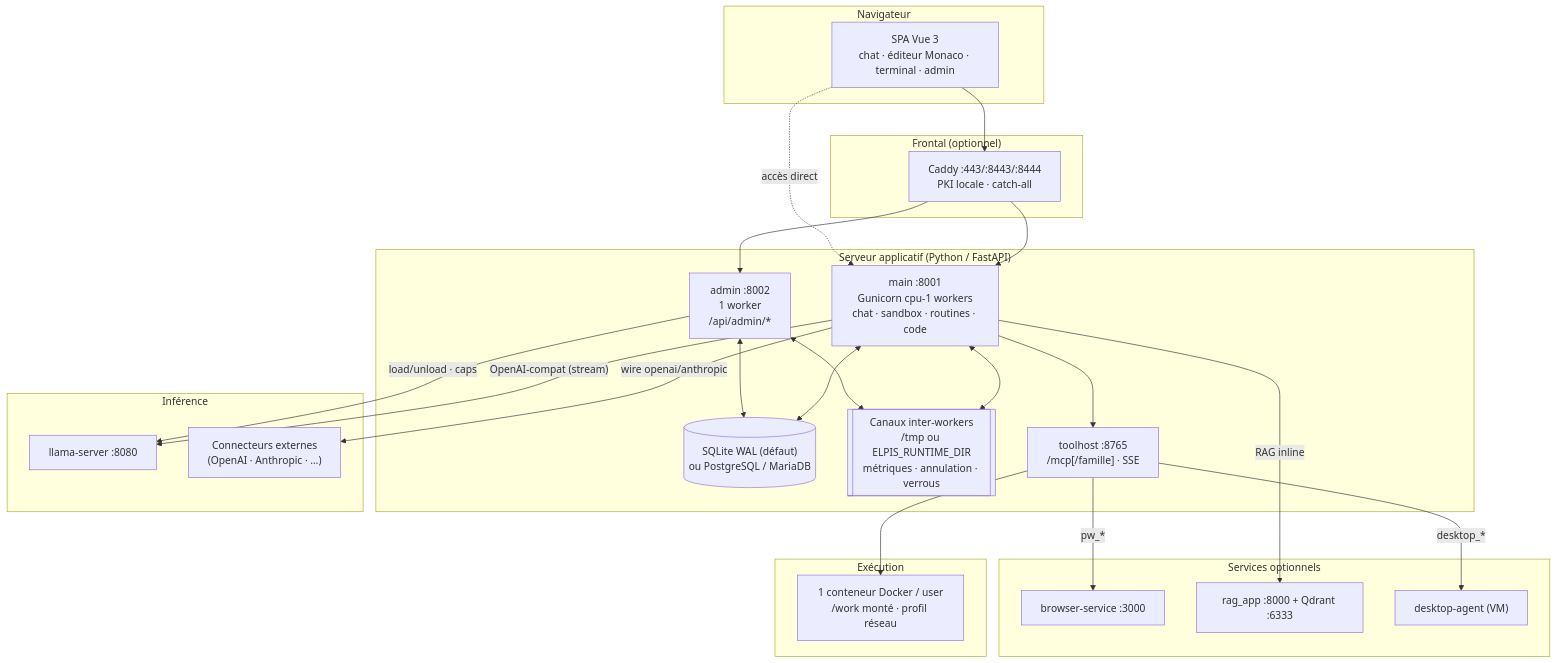
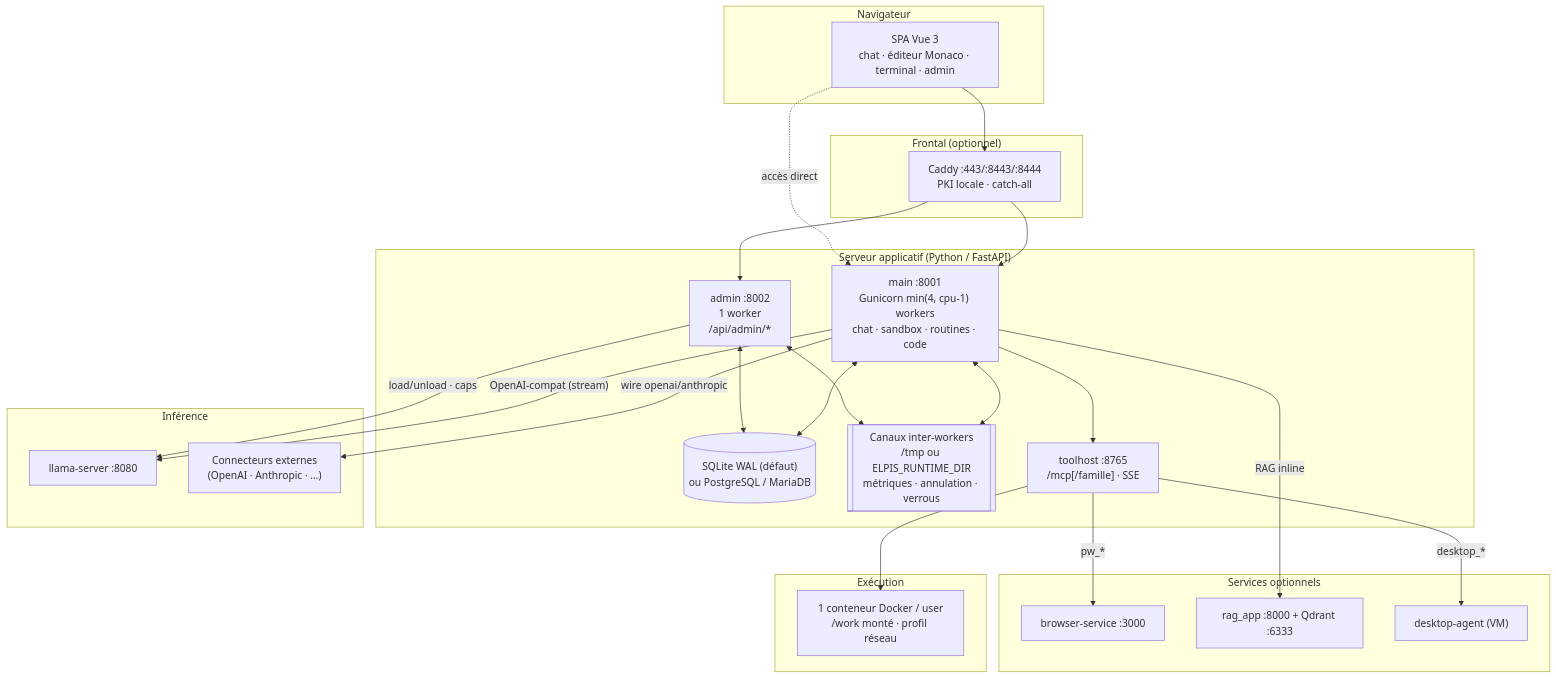
One commit to toto-fou/Elpis changed the first of 17 diagrams in docs/architecture.md. Above: the diagram before and after it, drawn with Mermaid. The commit also changed other lines of this file and 3 other files, not shown here.

````diff
--- a/docs/architecture.md
+++ b/docs/architecture.md
@@ -152,47 +152,47 @@
 ```mermaid
 flowchart TB
     subgraph Client["Navigateur"]
         SPA["SPA Vue 3<br/>chat · éditeur Monaco · terminal · admin"]
     end
 
     subgraph Edge["Frontal (optionnel)"]
         Caddy["Caddy :443/:8443/:8444<br/>PKI locale · catch-all"]
     end
 
     subgraph AppServer["Serveur applicatif (Python / FastAPI)"]
-        Main["main :8001<br/>Gunicorn cpu-1 workers<br/>chat · sandbox · routines · code"]
+        Main["main :8001<br/>Gunicorn min(4, cpu-1) workers<br/>chat · sandbox · routines · code"]
         Admin["admin :8002<br/>1 worker<br/>/api/admin/*"]
         DB[("SQLite WAL (défaut)<br/>ou PostgreSQL / MariaDB")]
         Spool[["Canaux inter-workers<br/>/tmp ou ELPIS_RUNTIME_DIR<br/>métriques · annulation · verrous"]]
         MCP["toolhost :8765<br/>/mcp[/famille] · SSE"]
     end
 
     subgraph Exec["Exécution"]
         Docker["1 conteneur Docker / user<br/>/work monté · profil réseau"]
     end
 
     subgraph LLM["Inférence"]
         Llama["llama-server :8080"]
         Ext["Connecteurs externes<br/>(OpenAI · Anthropic · …)"]
     end
 
     subgraph Optional["Services optionnels"]
         Browser["browser-service :3000"]
         RAG["rag_app :8000 + Qdrant :6333"]
         Desk["desktop-agent (VM)"]
     end
 
     SPA --> Caddy --> Main & Admin
     SPA -. "accès direct" .-> Main
     Main <--> DB
     Admin <--> DB
     Main <--> Spool
     Admin <--> Spool
     Main --> MCP --> Docker
     Main -- "OpenAI-compat (stream)" --> Llama
     Main -- "wire openai/anthropic" --> Ext
     Admin -- "load/unload · caps" --> Llama
     MCP -- "pw_*" --> Browser
     MCP -- "desktop_*" --> Desk
     Main -- "RAG inline" --> RAG
 ```
````
